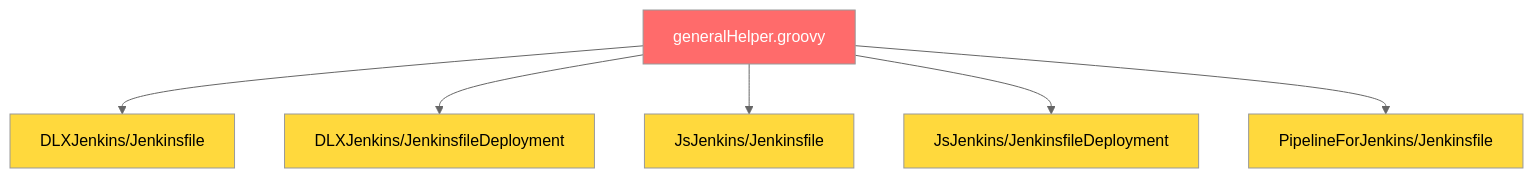
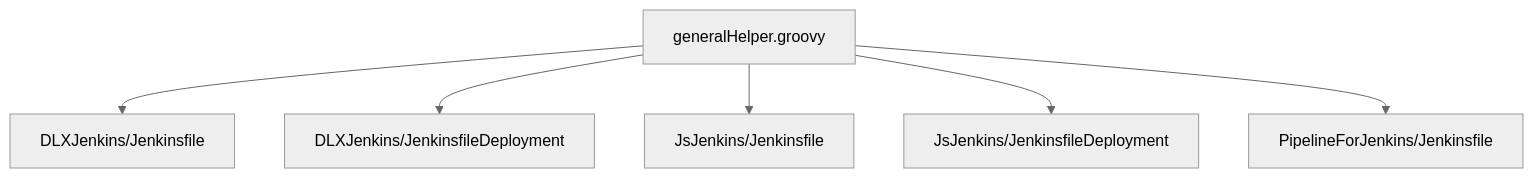
The third of 5 diagrams in Voyages/Projects/VARLab-work-transfer/portfolios/devops-jenkins-linux/4-layer-architecture-and-logger-system-integration/problem-analysis/baseline-technical-snapshot.md (JindoKimKor/Self-Binnacle), drawn with Mermaid (neutral theme) before and after one commit. The commit also changed other lines of this file and 138 other files, not shown here.

````diff
--- a/Voyages/Projects/VARLab-work-transfer/portfolios/devops-jenkins-linux/4-layer-architecture-and-logger-system-integration/problem-analysis/baseline-technical-snapshot.md
+++ b/Voyages/Projects/VARLab-work-transfer/portfolios/devops-jenkins-linux/4-layer-architecture-and-logger-system-integration/problem-analysis/baseline-technical-snapshot.md
@@ -450,16 +450,9 @@
 ```mermaid
 flowchart TB
     GH[generalHelper.groovy]
     GH --> D1[DLXJenkins/Jenkinsfile]
     GH --> D2[DLXJenkins/JenkinsfileDeployment]
     GH --> J1[JsJenkins/Jenkinsfile]
     GH --> J2[JsJenkins/JenkinsfileDeployment]
     GH --> P1[PipelineForJenkins/Jenkinsfile]
-
-    style GH fill:#ff6b6b,color:#fff
-    style D1 fill:#ffd93d
-    style D2 fill:#ffd93d
-    style J1 fill:#ffd93d
-    style J2 fill:#ffd93d
-    style P1 fill:#ffd93d
 ```
````
